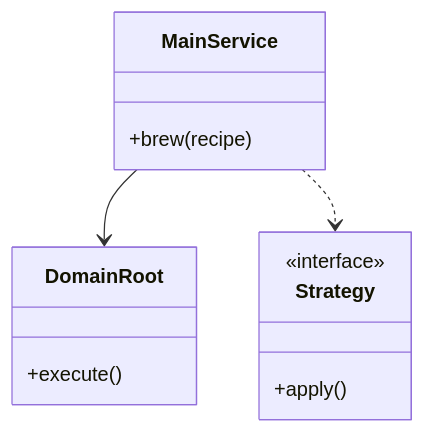
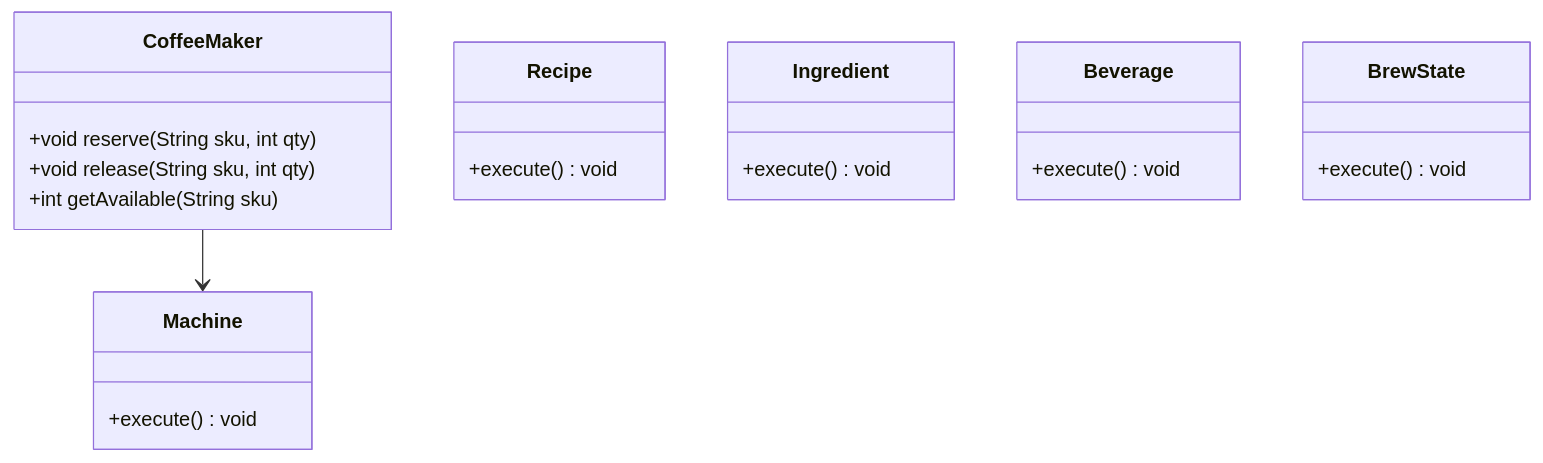
One commit to madhupaila/Interview-Prep-SSE changed the first of 3 diagrams in Learn/System Design - Low Level Design/02-classic-ood/questions/Q12-coffee-machine.md. Above: the diagram before and after it, drawn with Mermaid. The commit also changed other lines of this file and 491 other files, not shown here.

````diff
--- a/Learn/System Design - Low Level Design/02-classic-ood/questions/Q12-coffee-machine.md
+++ b/Learn/System Design - Low Level Design/02-classic-ood/questions/Q12-coffee-machine.md
@@ -75,15 +92,24 @@
 ```mermaid
 classDiagram
-    class MainService {
-        +brew(recipe)
+    class CoffeeMaker {
+        +void reserve(String sku, int qty)
+        +void release(String sku, int qty)
+        +int getAvailable(String sku)
     }
-    class DomainRoot {
-        +execute()
+    class Machine {
+        +execute() void
     }
-    class Strategy {
-        <<interface>>
-        +apply()
+    class Recipe {
+        +execute() void
     }
-    MainService --> DomainRoot
-    MainService ..> Strategy
+    class Ingredient {
+        +execute() void
+    }
+    class Beverage {
+        +execute() void
+    }
+    class BrewState {
+        +execute() void
+    }
+    CoffeeMaker --> Machine
 ```
````
